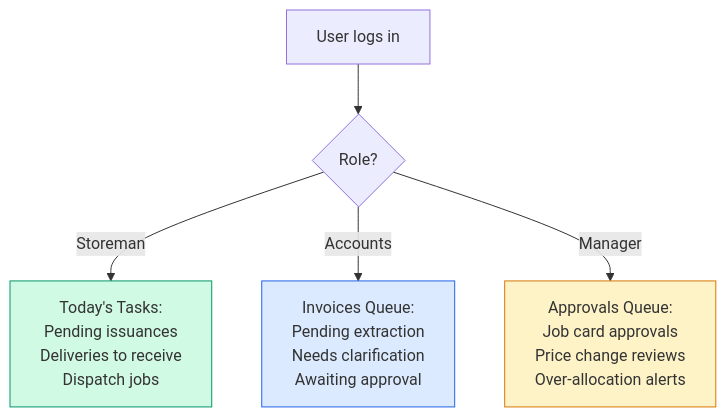
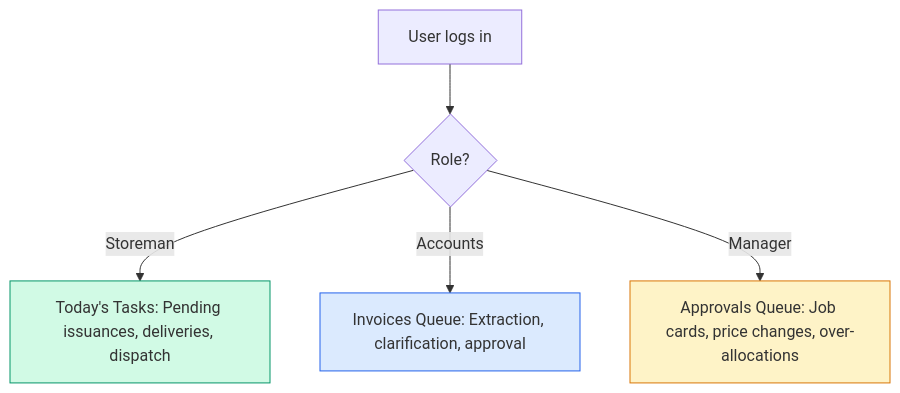
Diagram 12 of 12 in annix-backend/docs/stock-control/SYSTEM-OVERVIEW.md (AnnixInvestments/annix), drawn with Mermaid before and after one commit. The commit also changed other lines of this file and 2 other files, not shown here.

First line of the commit message:
fix(secure-documents): fix mermaid rendering in viewer and editor

````diff
--- a/annix-backend/docs/stock-control/SYSTEM-OVERVIEW.md
+++ b/annix-backend/docs/stock-control/SYSTEM-OVERVIEW.md
@@ -405,11 +406,11 @@
 ```mermaid
 graph TD
     Login[User logs in] --> Role{Role?}
-    Role -->|Storeman| S["Today's Tasks:\nPending issuances\nDeliveries to receive\nDispatch jobs"]
-    Role -->|Accounts| A["Invoices Queue:\nPending extraction\nNeeds clarification\nAwaiting approval"]
-    Role -->|Manager| M["Approvals Queue:\nJob card approvals\nPrice change reviews\nOver-allocation alerts"]
+    Role -->|Storeman| S["Today's Tasks: Pending issuances, deliveries, dispatch"]
+    Role -->|Accounts| A["Invoices Queue: Extraction, clarification, approval"]
+    Role -->|Manager| M["Approvals Queue: Job cards, price changes, over-allocations"]
 
     style S fill:#d1fae5,stroke:#059669
     style A fill:#dbeafe,stroke:#2563eb
     style M fill:#fef3c7,stroke:#d97706
 ```
````
